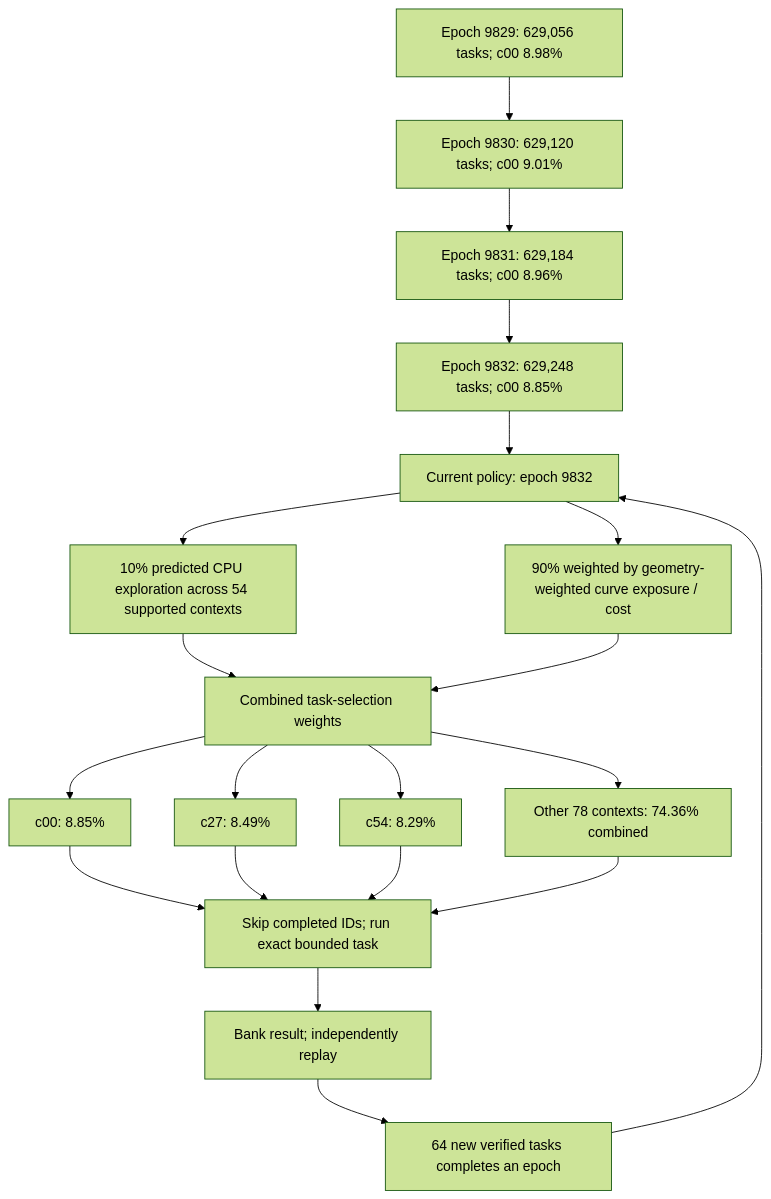
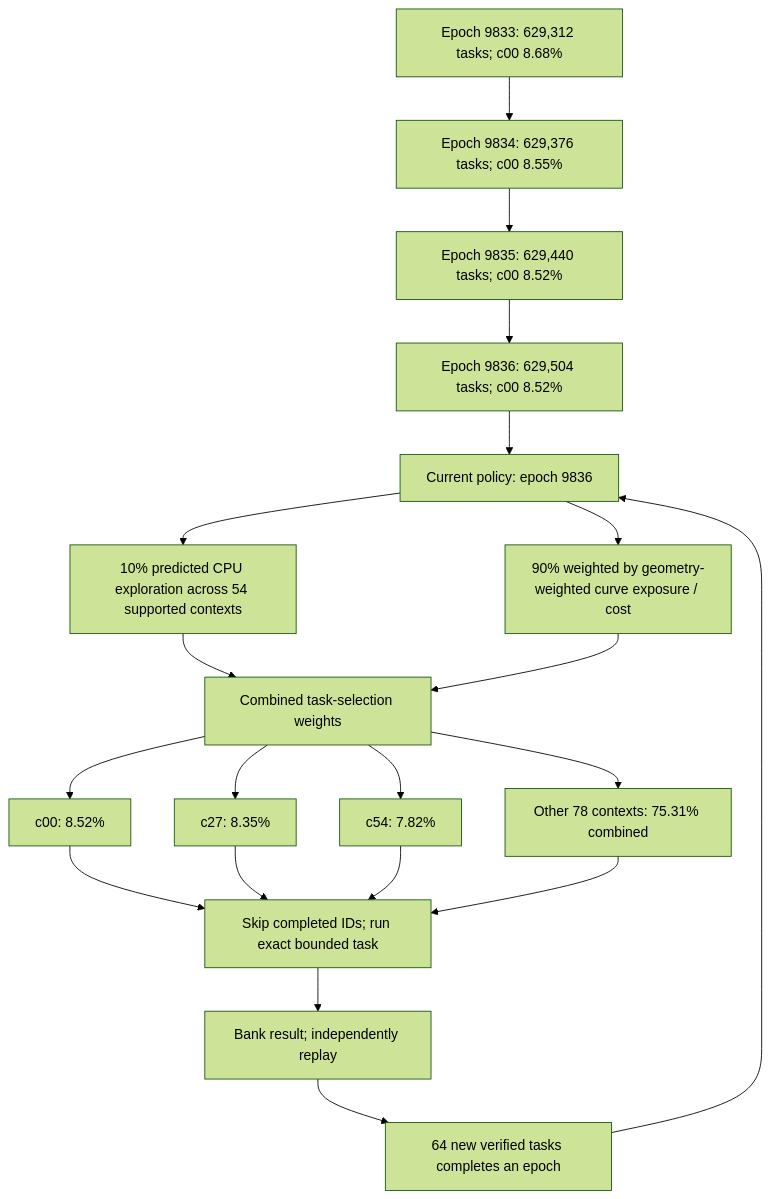
Before and after one commit to Kuberwastaken/math-gambling: the first of 4 diagrams in README.md, drawn with Mermaid (forest theme). The commit also changed other lines of this file and 512 other files, not shown here.

````diff
--- a/README.md
+++ b/README.md
@@ -60,27 +60,27 @@
 ```mermaid
 flowchart TD
-    H0["Epoch 9829: 629,056 tasks; c00 8.98%"]
-    H1["Epoch 9830: 629,120 tasks; c00 9.01%"]
+    H0["Epoch 9833: 629,312 tasks; c00 8.68%"]
+    H1["Epoch 9834: 629,376 tasks; c00 8.55%"]
     H0 --> H1
-    H2["Epoch 9831: 629,184 tasks; c00 8.96%"]
+    H2["Epoch 9835: 629,440 tasks; c00 8.52%"]
     H1 --> H2
-    H3["Epoch 9832: 629,248 tasks; c00 8.85%"]
+    H3["Epoch 9836: 629,504 tasks; c00 8.52%"]
     H2 --> H3
-    Policy["Current policy: epoch 9832"]
+    Policy["Current policy: epoch 9836"]
     H3 --> Policy
     Policy --> Explore["10% predicted CPU exploration across 54 supported contexts"]
     Policy --> Cost["90% weighted by geometry-weighted curve exposure / cost"]
     Explore --> Mix["Combined task-selection weights"]
     Cost --> Mix
-    Mix --> C0["c00: 8.85%"]
-    Mix --> C1["c27: 8.49%"]
-    Mix --> C2["c54: 8.29%"]
-    Mix --> Rest["Other 78 contexts: 74.36% combined"]
+    Mix --> C0["c00: 8.52%"]
+    Mix --> C1["c27: 8.35%"]
+    Mix --> C2["c54: 7.82%"]
+    Mix --> Rest["Other 78 contexts: 75.31% combined"]
     C0 --> Check["Skip completed IDs; run exact bounded task"]
     C1 --> Check
     C2 --> Check
     Rest --> Check
     Check --> Replay["Bank result; independently replay"]
     Replay --> Gate["64 new verified tasks completes an epoch"]
     Gate --> Policy
 ```
````
